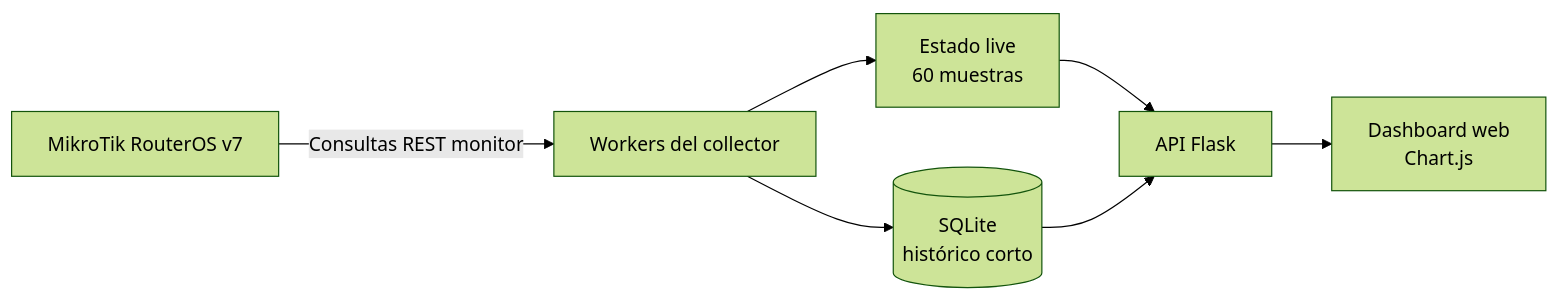
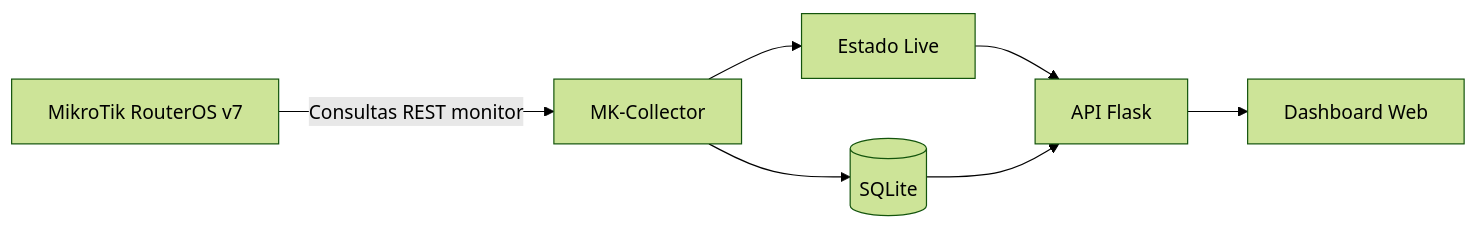
One commit to Y4el-Waka/MK-Collector changed the first of 2 diagrams in README.es.md. Above: the diagram before and after it, drawn with Mermaid (forest theme). The commit also changed other lines of this file, not shown here.

````diff
--- a/README.es.md
+++ b/README.es.md
@@ -74,9 +89,16 @@
 ```mermaid
 flowchart LR
-    ROS[MikroTik RouterOS v7] -->|Consultas REST monitor| WORKERS[Workers del collector]
-    WORKERS --> LIVE[Estado live<br/>60 muestras]
-    WORKERS --> DB[(SQLite<br/>histórico corto)]
-    LIVE --> API[API Flask]
+    ROS[MikroTik RouterOS v7]
+    COL[MK-Collector]
+    LIVE[Estado Live]
+    DB[(SQLite)]
+    API[API Flask]
+    UI[Dashboard Web]
+
+    ROS -->|Consultas REST monitor| COL
+    COL --> LIVE
+    COL --> DB
+    LIVE --> API
     DB --> API
-    API --> UI[Dashboard web<br/>Chart.js]
+    API --> UI
 ```
````
